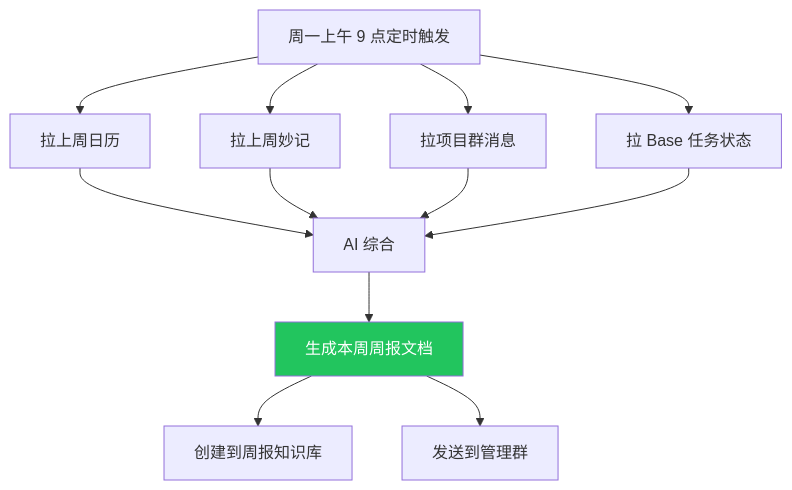
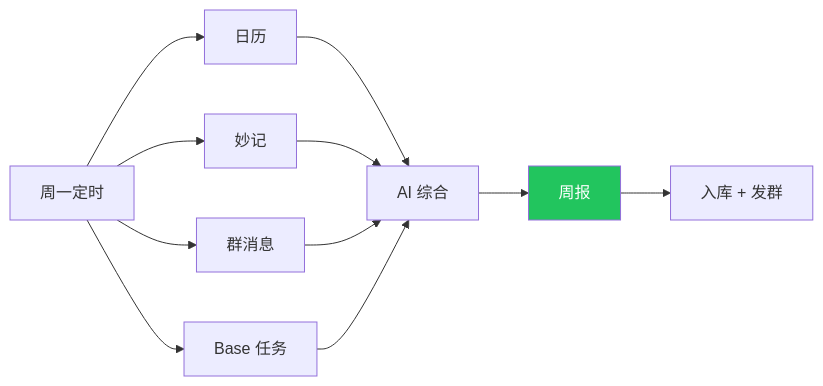
Before and after one commit to ymzlsy/wiki: diagram 14 of 16 in lark-cli/index.md, drawn with Mermaid. The commit also changed other lines of this file and 2 other files, not shown here.

First line of the commit message:
feat(lark-cli): rewrite Ch1 vs 智能伙伴/智能体 + shrink mermaid diagrams

````diff
--- a/lark-cli/index.md
+++ b/lark-cli/index.md
@@ -1111,16 +1137,9 @@
 ```mermaid
-flowchart TD
-    A[周一上午 9 点定时触发] --> B[拉上周日历]
-    A --> C[拉上周妙记]
-    A --> D[拉项目群消息]
-    A --> E[拉 Base 任务状态]
-    B --> M[AI 综合]
-    C --> M
-    D --> M
-    E --> M
-    M --> F[生成本周周报文档]
-    F --> G[创建到周报知识库]
-    F --> H[发送到管理群]
-
+flowchart LR
+    A[周一定时] --> B[日历]
+    A --> C[妙记]
+    A --> D[群消息]
+    A --> E[Base 任务]
+    B & C & D & E --> M[AI 综合] --> F[周报] --> G[入库 + 发群]
     style F fill:#22c55e,color:#fff
 ```
````
